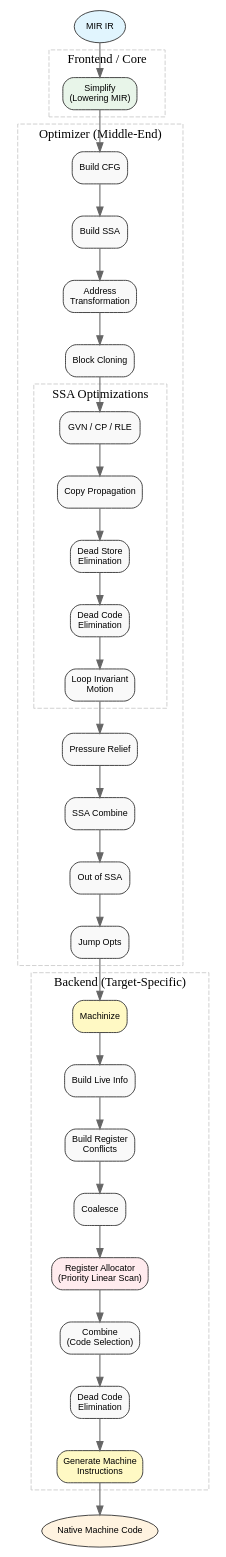
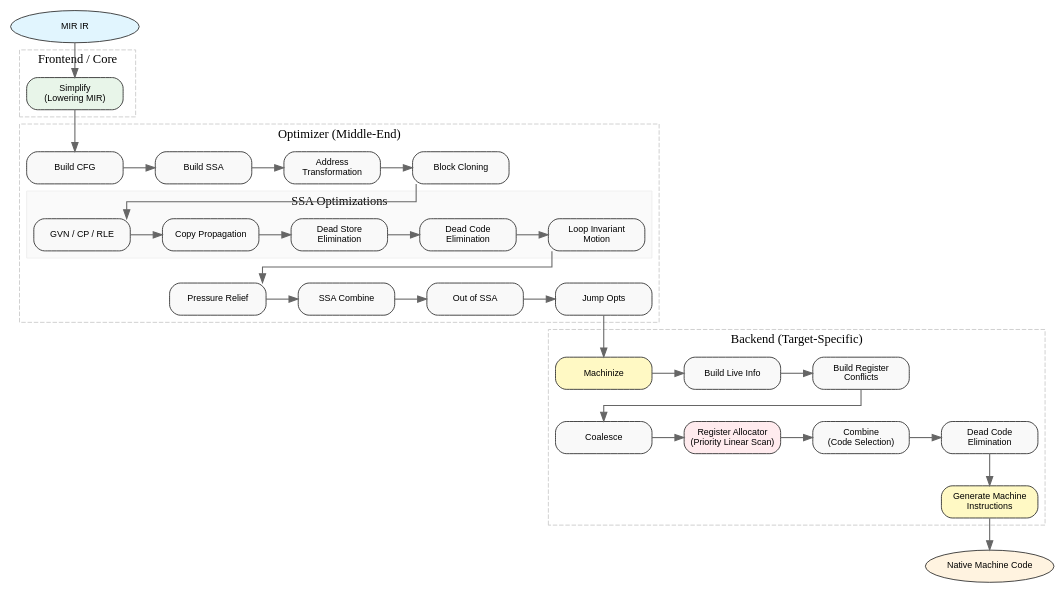
One commit to cyrilmhansen/mir-sys changed the diagram in doc/_static/diagrams/pipeline.dot. Above: the diagram before and after it, drawn with Graphviz. The commit also changed 2 other files, not shown here.

Commit message:
Docs: redesign pipeline diagram to use mixed horizontal/vertical layout

```diff
--- a/doc/_static/diagrams/pipeline.dot
+++ b/doc/_static/diagrams/pipeline.dot
@@ -1,80 +1,133 @@
 digraph MIR_Optimization_Pipeline {
     rankdir=TB;
-    node [shape=box, style="filled,rounded", fontname="Arial", fontsize=10, fillcolor="#f9f9f9", color="#333333"];
+    newrank=true; /* Important for mixing ranks between subgraphs if needed, though we generally stay localized */
+    splines=ortho; /* Orthogonal lines look neater for grid layouts */
+    nodesep=0.5;
+    ranksep=0.5;
+    
+    node [shape=box, style="filled,rounded", fontname="Arial", fontsize=10, fillcolor="#f9f9f9", color="#333333", width=1.5];
     edge [color="#666666", penwidth=1.2];
 
-    MIR [shape=ellipse, fillcolor="#e1f5fe", label="MIR IR"];
-    MachineCode [shape=ellipse, fillcolor="#fff3e0", label="Native Machine Code"];
+    /* Terminals */
+    MIR [shape=ellipse, fillcolor="#e1f5fe", label="MIR IR", width=2];
+    MachineCode [shape=ellipse, fillcolor="#fff3e0", label="Native Machine Code", width=2];
 
+    /* FRONTEND */
     subgraph cluster_frontend {
         label = "Frontend / Core";
         style = dashed;
         color = "#cccccc";
         Simplify [label="Simplify\n(Lowering MIR)", fillcolor="#e8f5e9", URL="19_mir_implementation.html#the-simplifier-s-toolbox-simplify-func"];
     }
 
+    /* MIDDLE-END */
     subgraph cluster_middle_end {
         label = "Optimizer (Middle-End)";
         style = dashed;
         color = "#cccccc";
+        
+        /* Row 1: Setup */
+        { rank=same; BuildCFG; BuildSSA; AddrTrans; BlockCloning; }
         
         BuildCFG [label="Build CFG", URL="#the-architect-s-blueprint-build-func-cfg"];
         BuildSSA [label="Build SSA", URL="#the-single-truth-ssa-construction"];
         AddrTrans [label="Address\nTransformation", URL="#from-abstract-to-concrete-address-transformation"];
         BlockCloning [label="Block Cloning", URL="#path-specialization-basic-block-cloning"];
         
+        /* Row 2: SSA Opts */
         subgraph cluster_ssa_opts {
             label = "SSA Optimizations";
             fillcolor="#fafafa";
+            style=filled;
+            color="#eeeeee";
+            
+            { rank=same; GVN; CopyProp; DSE; DCE1; LICM; }
+            
             GVN [label="GVN / CP / RLE", URL="#the-grand-library-global-value-numbering-gvn"];
             CopyProp [label="Copy Propagation", URL="#the-vanishing-act-copy-propagation"];
             DSE [label="Dead Store\nElimination", URL="#cleaning-the-warehouses-dead-store-elimination-dse"];
             DCE1 [label="Dead Code\nElimination"];
             LICM [label="Loop Invariant\nMotion", URL="#escaping-the-loop-loop-invariant-code-motion-licm"];
         }
         
+        /* Row 3: Teardown */
+        { rank=same; PressureRelief; SSACombine; OutSSA; JumpOpts; }
+        
         PressureRelief [label="Pressure Relief"];
         SSACombine [label="SSA Combine", URL="#the-merging-pass-instruction-combining-ssa-combine"];
         OutSSA [label="Out of SSA", URL="#the-final-handover-conventional-ssa-make-conventional-ssa"];
         JumpOpts [label="Jump Opts", URL="#the-path-smoother-jump-optimization-jump-opt"];
     }
 
+    /* BACKEND */
     subgraph cluster_backend {
         label = "Backend (Target-Specific)";
         style = dashed;
         color = "#cccccc";
         
+        /* Row 4: Preparation */
+        { rank=same; Machinize; BuildLive; BuildConflicts; }
+        
         Machinize [label="Machinize", fillcolor="#fff9c4", URL="#handover-to-the-metal-target-translation"];
         BuildLive [label="Build Live Info", URL="#mapping-existence-live-range-analysis"];
         BuildConflicts [label="Build Register\nConflicts", URL="#aggressive-register-coalescing-coalesce"];
+
+        /* Row 5: Allocation */
+        { rank=same; Coalesce; RA; Combine; DCE2; }
+        
         Coalesce [label="Coalesce"];
         RA [label="Register Allocator\n(Priority Linear Scan)", fillcolor="#ffebee", URL="#the-allocation-war-linear-scan-ra"];
         Combine [label="Combine\n(Code Selection)"];
         DCE2 [label="Dead Code\nElimination"];
+
+        /* Final Step */
         GenMachine [label="Generate Machine\nInstructions", fillcolor="#fff9c4"];
     }
 
+    /* Wiring the flow - The "Snake" Pattern */
+    
+    /* Start */
     MIR -> Simplify;
     Simplify -> BuildCFG;
+    
+    /* Row 1 Flow */
     BuildCFG -> BuildSSA;
     BuildSSA -> AddrTrans;
     AddrTrans -> BlockCloning;
-    BlockCloning -> GVN;
+    
+    /* Row 1 to Row 2 (Down and Left) */
+    BlockCloning -> GVN [dir=forward]; 
+    
+    /* Row 2 Flow */
     GVN -> CopyProp;
     CopyProp -> DSE;
     DSE -> DCE1;
     DCE1 -> LICM;
-    LICM -> PressureRelief;
+    
+    /* Row 2 to Row 3 (Down and Left) */
+    LICM -> PressureRelief [dir=forward];
+    
+    /* Row 3 Flow */
     PressureRelief -> SSACombine;
     SSACombine -> OutSSA;
     OutSSA -> JumpOpts;
-    JumpOpts -> Machinize;
+    
+    /* Row 3 to Row 4 (Backend) */
+    JumpOpts -> Machinize [dir=forward];
+    
+    /* Row 4 Flow */
     Machinize -> BuildLive;
     BuildLive -> BuildConflicts;
-    BuildConflicts -> Coalesce;
+    
+    /* Row 4 to Row 5 */
+    BuildConflicts -> Coalesce [dir=forward];
+    
+    /* Row 5 Flow */
     Coalesce -> RA;
     RA -> Combine;
     Combine -> DCE2;
+    
+    /* Final */
     DCE2 -> GenMachine;
     GenMachine -> MachineCode;
 }
```
